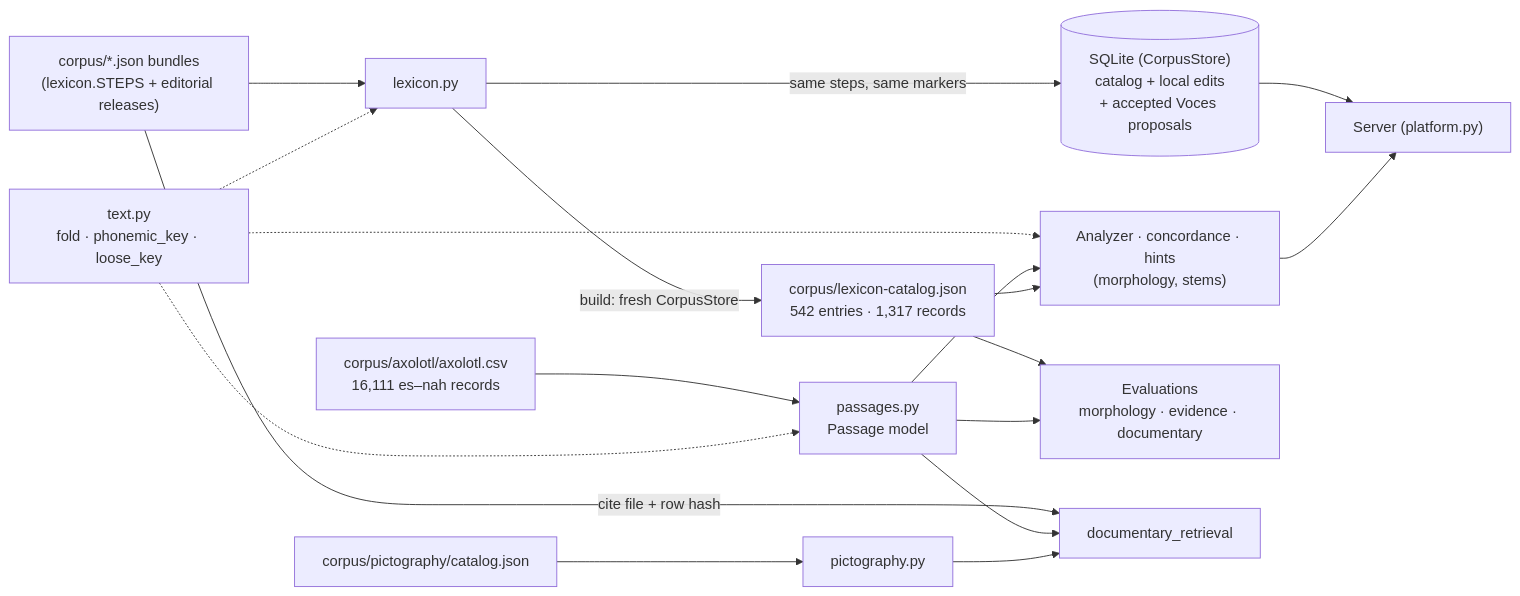
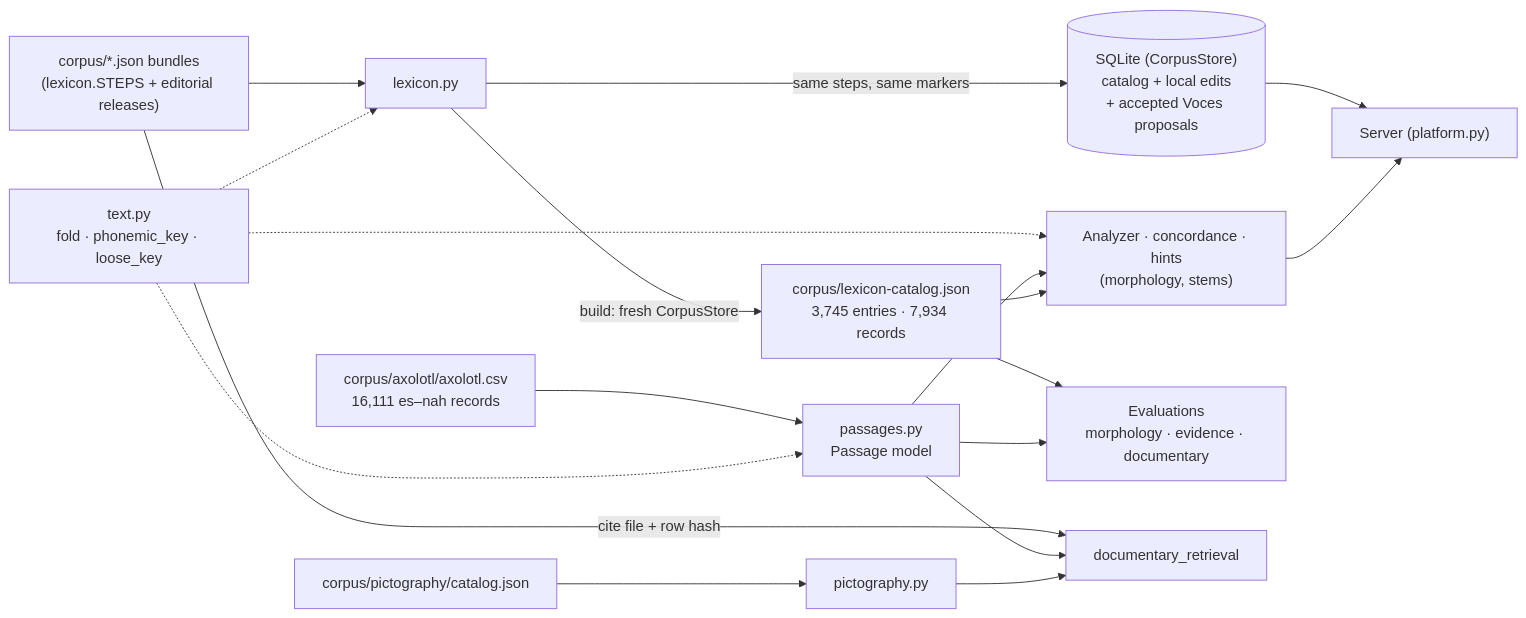
Before and after one commit to pescamill/amoxcalli: the diagram in docs/ARCHITECTURE.md, drawn with Mermaid. The commit also changed 60 other files, not shown here.

````diff
--- a/docs/ARCHITECTURE.md
+++ b/docs/ARCHITECTURE.md
@@ -7,17 +7,17 @@
 ```mermaid
 flowchart LR
   CSV["corpus/axolotl/axolotl.csv<br/>16,111 es–nah records"] --> P["passages.py<br/>Passage model"]
   B["corpus/*.json bundles<br/>(lexicon.STEPS + editorial releases)"] --> L["lexicon.py"]
-  L -- "build: fresh CorpusStore" --> C["corpus/lexicon-catalog.json<br/>542 entries · 1,317 records"]
+  L -- "build: fresh CorpusStore" --> C["corpus/lexicon-catalog.json<br/>3,745 entries · 7,934 records"]
   L -- "same steps, same markers" --> DB[("SQLite (CorpusStore)<br/>catalog + local edits<br/>+ accepted Voces proposals")]
   PIC["corpus/pictography/catalog.json"] --> PM["pictography.py"]
   T["text.py<br/>fold · phonemic_key · loose_key"] -.-> P & L & AN
   P --> AN["Analyzer · concordance · hints<br/>(morphology, stems)"]
   C --> AN
   DB --> S["Server (platform.py)"]
   AN --> S
   C --> E["Evaluations<br/>morphology · evidence · documentary"]
   P --> E
   B -- "cite file + row hash" --> DOC["documentary_retrieval"]
   P & PM --> DOC
 ```
````
